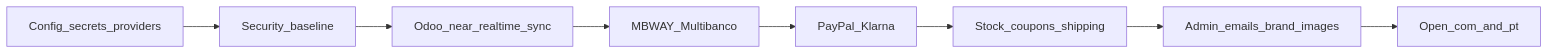
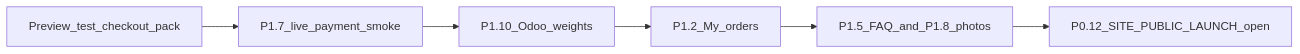
One commit to Tiago-Domingues/jhonny_ai changed the diagram in docs/website-launch-status.md. Above: the diagram before and after it, drawn with Mermaid. The commit also changed other lines of this file and 1 other file, not shown here.

First line of the commit message:
Refresh the website launch backlog after the checkout ops pack.

````diff
--- a/docs/website-launch-status.md
+++ b/docs/website-launch-status.md
@@ -208,12 +195,10 @@
 ```mermaid
 flowchart LR
-  config[Config_secrets_providers]
-  security[Security_baseline]
-  odooSync[Odoo_near_realtime_sync]
-  ptPay[MBWAY_Multibanco]
-  intlPay[PayPal_Klarna]
-  rules[Stock_coupons_shipping]
-  ops[Admin_emails_brand_images]
-  domains[Open_com_and_pt]
-  config --> security --> odooSync --> ptPay --> intlPay --> rules --> ops --> domains
+  preview[Preview_test_checkout_pack]
+  pay[P1.7_live_payment_smoke]
+  weights[P1.10_Odoo_weights]
+  orders[P1.2_My_orders]
+  polish[P1.5_FAQ_and_P1.8_photos]
+  open[P0.12_SITE_PUBLIC_LAUNCH_open]
+  preview --> pay --> weights --> orders --> polish --> open
 ```
````
